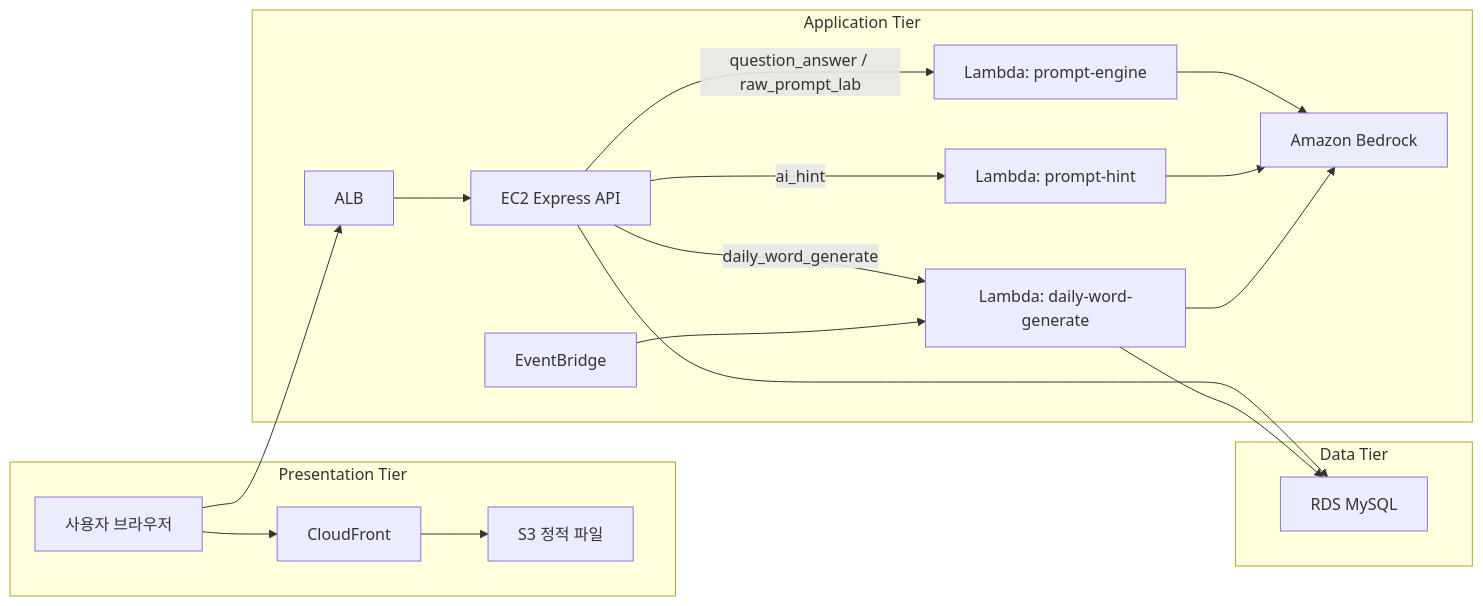
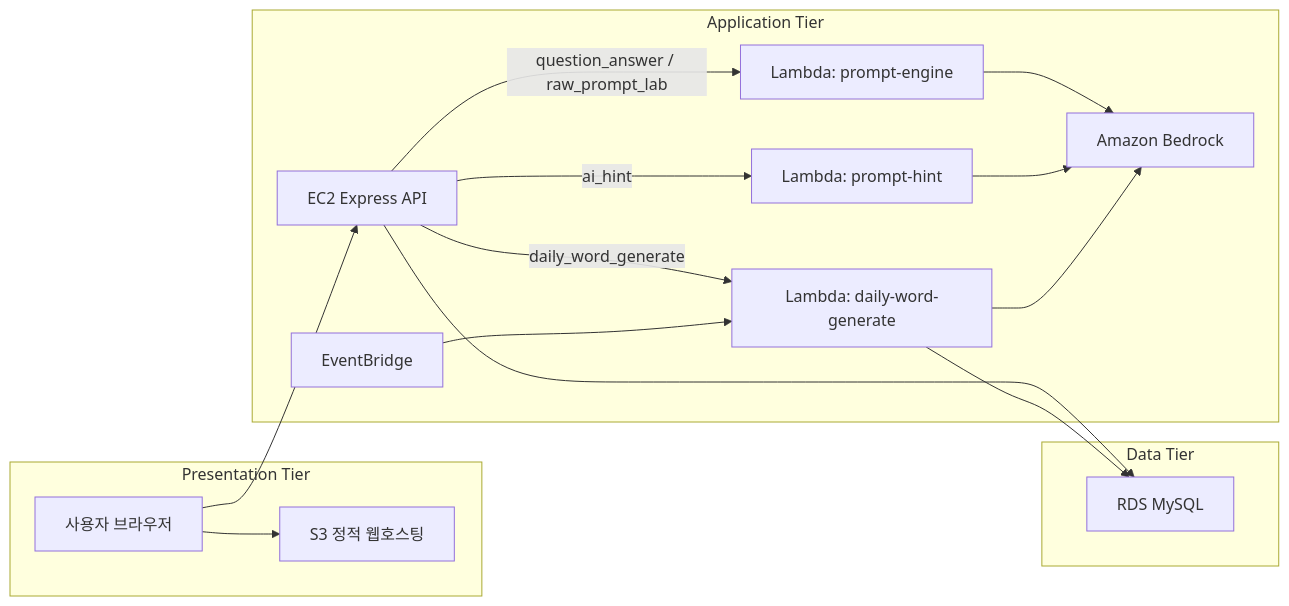
The diagram in README.md (jjong-haya/K-Game), drawn with Mermaid before and after one commit. The commit also changed other lines of this file, not shown here.

````diff
--- a/README.md
+++ b/README.md
@@ -93,38 +94,34 @@
 ```mermaid
 flowchart LR
   subgraph T1["Presentation Tier"]
     Browser["사용자 브라우저"]
-    CloudFront["CloudFront"]
-    S3["S3 정적 파일"]
+    S3["S3 정적 웹호스팅"]
   end
 
   subgraph T2["Application Tier"]
-    ALB["ALB"]
     EC2["EC2 Express API"]
     PromptEngine["Lambda: prompt-engine"]
     PromptHint["Lambda: prompt-hint"]
     DailyWord["Lambda: daily-word-generate"]
     EventBridge["EventBridge"]
     Bedrock["Amazon Bedrock"]
   end
 
   subgraph T3["Data Tier"]
     RDS["RDS MySQL"]
   end
 
-  Browser --> CloudFront
-  CloudFront --> S3
-  Browser --> ALB
-  ALB --> EC2
+  Browser --> S3
+  Browser --> EC2
 
   EC2 -->|"question_answer / raw_prompt_lab"| PromptEngine
   EC2 -->|"ai_hint"| PromptHint
   EC2 -->|"daily_word_generate"| DailyWord
   EC2 --> RDS
 
   EventBridge --> DailyWord
   PromptEngine --> Bedrock
   PromptHint --> Bedrock
   DailyWord --> Bedrock
   DailyWord --> RDS
 ```
````
